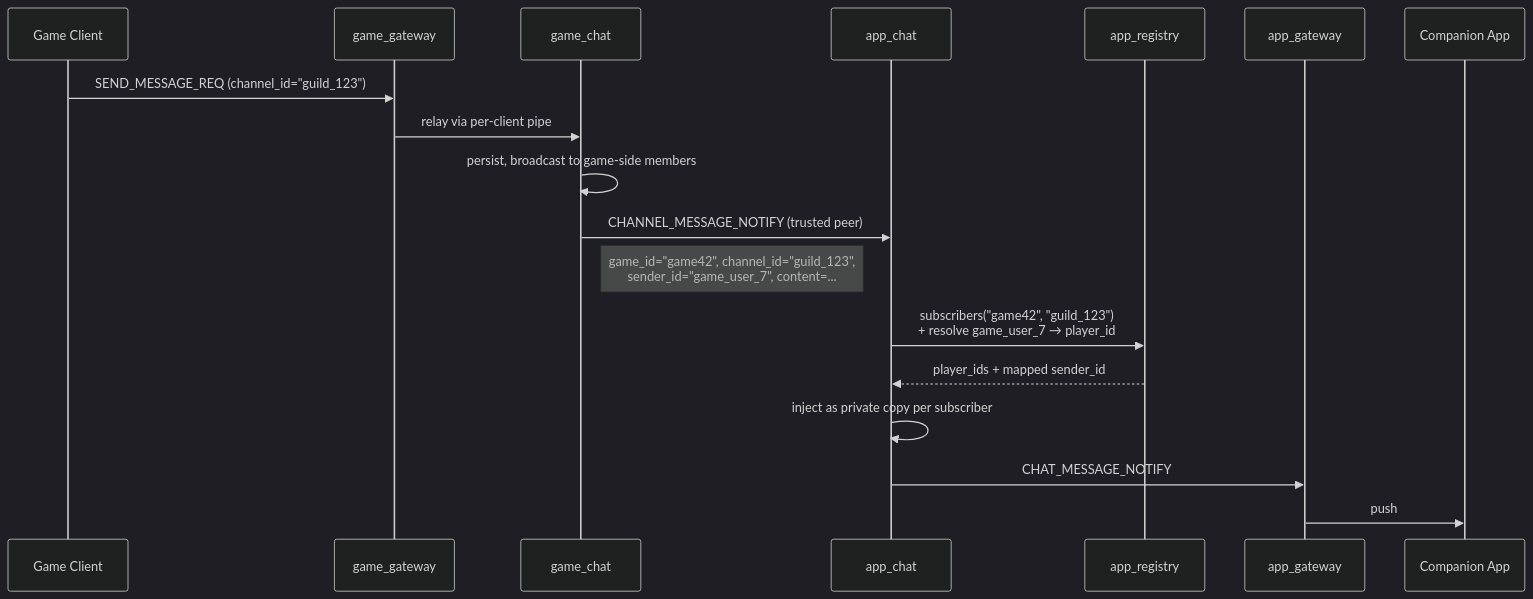
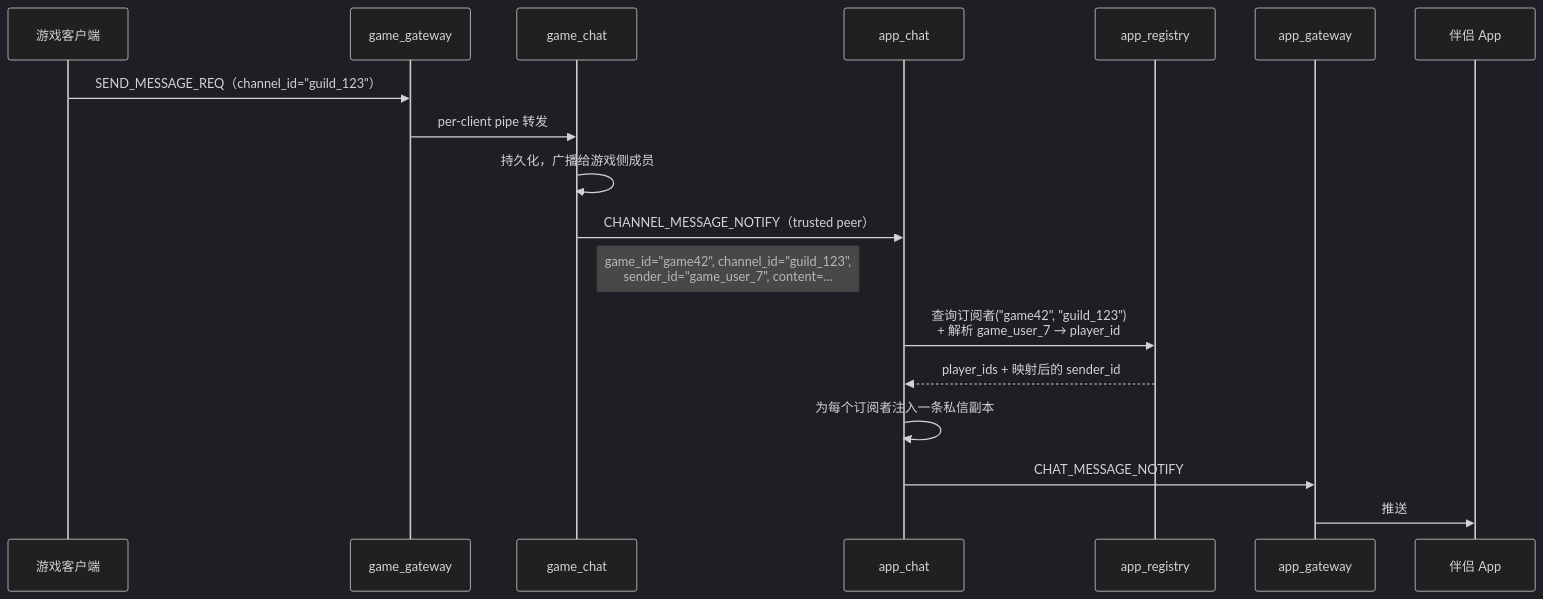
The third of 5 diagrams in docs/architecture.md (cuihairu/chirp), drawn with Mermaid (dark theme) before and after one commit. The commit also changed other lines of this file, not shown here.

Commit message:
docs: rewrite architecture.md entirely in Chinese

````diff
--- a/docs/architecture.md
+++ b/docs/architecture.md
@@ -160,21 +160,21 @@
 ```mermaid
 sequenceDiagram
-    participant C as Game Client
+    participant C as 游戏客户端
     participant G as game_gateway
     participant GC as game_chat
     participant AC as app_chat
     participant AR as app_registry
     participant AG as app_gateway
-    participant A as Companion App
+    participant A as 伴侣 App
 
-    C->>G: SEND_MESSAGE_REQ (channel_id="guild_123")
-    G->>GC: relay via per-client pipe
-    GC->>GC: persist, broadcast to game-side members
-    GC->>AC: CHANNEL_MESSAGE_NOTIFY (trusted peer)
+    C->>G: SEND_MESSAGE_REQ（channel_id="guild_123"）
+    G->>GC: per-client pipe 转发
+    GC->>GC: 持久化，广播给游戏侧成员
+    GC->>AC: CHANNEL_MESSAGE_NOTIFY（trusted peer）
     Note right of GC: game_id="game42", channel_id="guild_123",<br/>sender_id="game_user_7", content=...
-    AC->>AR: subscribers("game42", "guild_123")<br/>+ resolve game_user_7 → player_id
-    AR-->>AC: player_ids + mapped sender_id
-    AC->>AC: inject as private copy per subscriber
+    AC->>AR: 查询订阅者("game42", "guild_123")<br/>+ 解析 game_user_7 → player_id
+    AR-->>AC: player_ids + 映射后的 sender_id
+    AC->>AC: 为每个订阅者注入一条私信副本
     AC->>AG: CHAT_MESSAGE_NOTIFY
-    AG->>A: push
+    AG->>A: 推送
 ```
````
